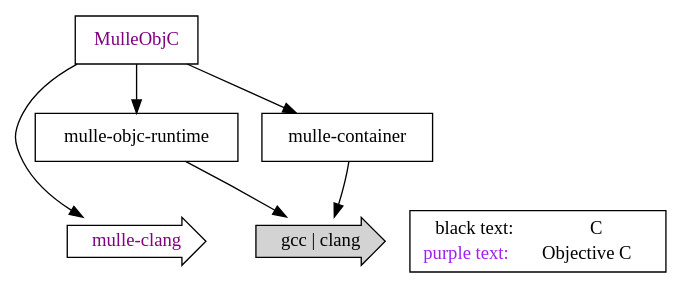
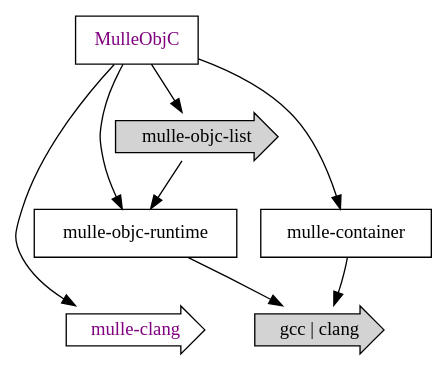
Before and after one commit to mulle-objc/MulleObjC: the diagram in dox/MulleObjC-dependencies.dot, drawn with Graphviz. The commit also changed 2 other files, not shown here.

```diff
--- a/dox/MulleObjC-dependencies.dot
+++ b/dox/MulleObjC-dependencies.dot
@@ -1,32 +1,27 @@
 digraph settings
 {
    node [shape=record];
 
 
    { rank = source; "MulleObjC" }
    { rank = same; "mulle-container"; "mulle-objc-runtime" } ->
    { rank = same; "mulle-clang "; "gcc | clang "} [ style="invis" ]
 
-   "mulle-clang "   [ shape="rarrow" fontcolor = "purple" ];
-   "gcc | clang "   [ style=filled fillcolor="lightgray" shape="rarrow" ];
+   "mulle-clang "       [ shape="rarrow" fontcolor = "purple" ];
+   "gcc | clang "       [ style=filled fillcolor="lightgray" shape="rarrow" ];
+   "mulle-objc-list "   [ style=filled fillcolor="lightgray" shape="rarrow" ];
 
    MulleObjC [ fontcolor = "purple"];
 
    "mulle-objc-runtime"
    "mulle-container"
 
    MulleObjC -> "mulle-clang ";
    MulleObjC -> "mulle-objc-runtime";
    MulleObjC -> "mulle-container";
+   MulleObjC -> "mulle-objc-list ";
+
    "mulle-container"    -> "gcc | clang ";
    "mulle-objc-runtime" -> "gcc | clang ";
-
-
- 	subgraph legend {
-    label = "Legend";
-    key [label=<<table border="0" cellpadding="2" cellspacing="0" cellborder="0">
-			       <tr><td align="right"><font color="#000000">black text:</font></td><td>C</td></tr>
-			       <tr><td align="right"><font color="#a020f0">purple text:</font></td><td>Objective C</td></tr>
-			      </table>>]
- 	}
+   "mulle-objc-list "   -> "mulle-objc-runtime"
 }
```
